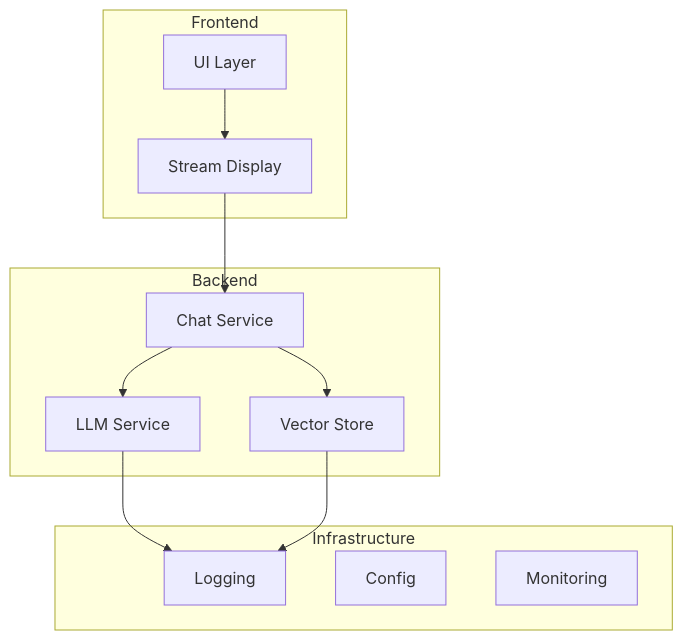
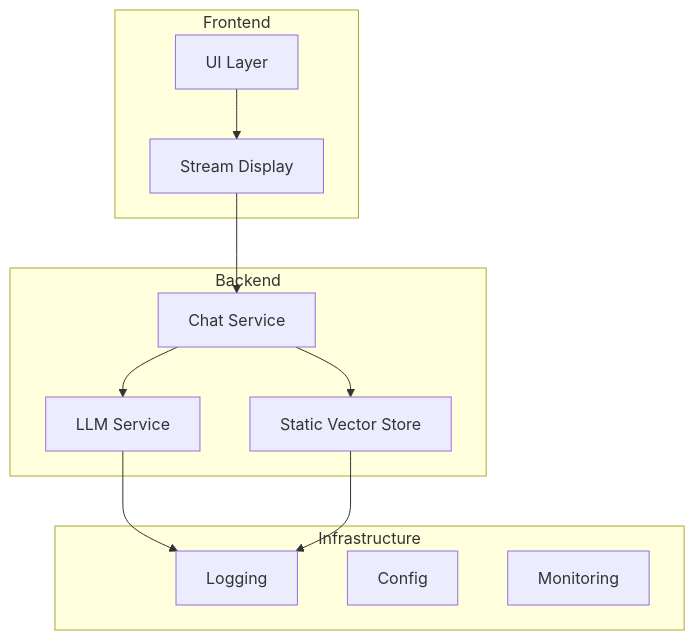
One commit to laialex501/lorechat-container changed the second of 4 diagrams in memory-bank/systemPatterns.md. Above: the diagram before and after it, drawn with Mermaid. The commit also changed other lines of this file and 27 other files, not shown here.

````diff
--- a/memory-bank/systemPatterns.md
+++ b/memory-bank/systemPatterns.md
@@ -22,26 +22,26 @@
 ```mermaid
 graph TD
     subgraph Frontend
         A[UI Layer]
         B[Stream Display]
     end
     
     subgraph Backend
         C[Chat Service]
         D[LLM Service]
-        E[Vector Store]
+        E[Static Vector Store]
     end
     
     subgraph Infrastructure
         F[Logging]
         G[Config]
         H[Monitoring]
     end
     
     A --> B
     B --> C
     C --> D
     C --> E
     D --> F
     E --> F
 ```
````
